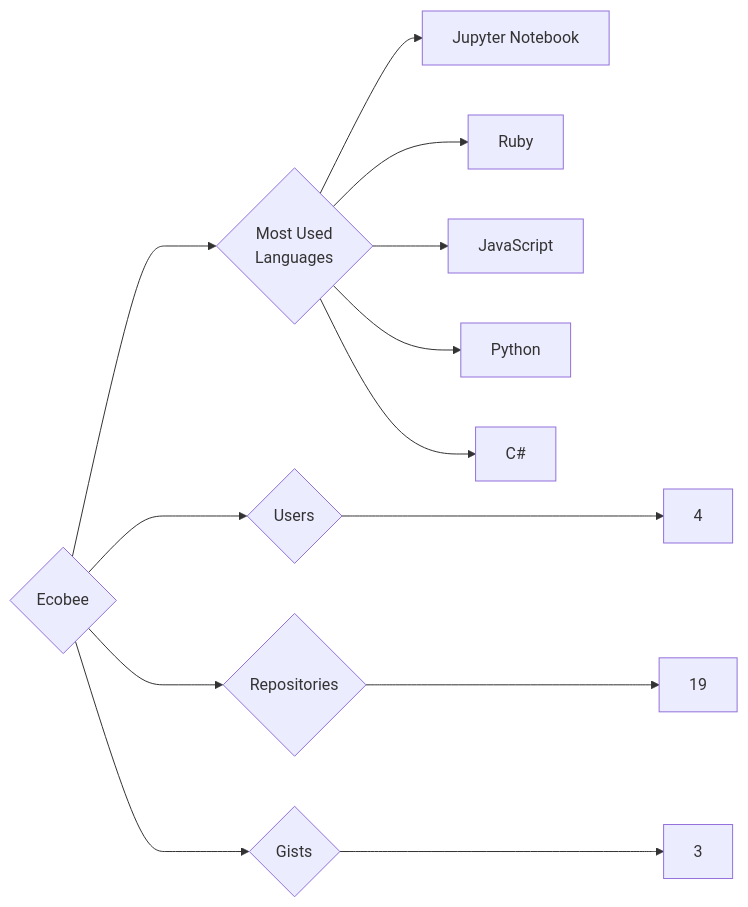
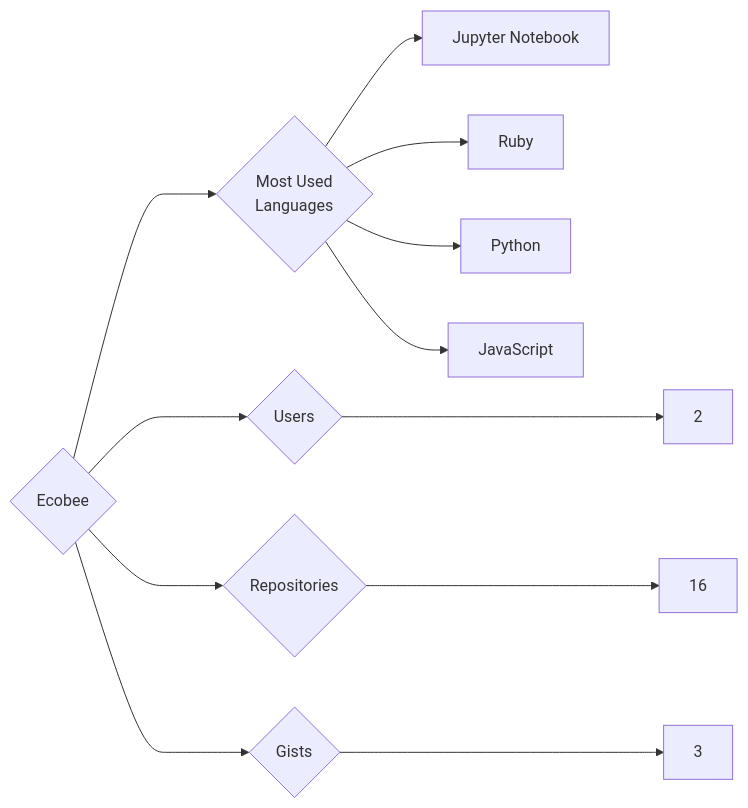
Before and after one commit to trickest/insiders: the diagram in targets/Ecobee/README.md, drawn with Mermaid. The commit also changed 865 other files, not shown here.

````diff
--- a/targets/Ecobee/README.md
+++ b/targets/Ecobee/README.md
@@ -3,13 +3,12 @@
 ```mermaid
 graph LR
 COMPANY_NAME{Ecobee}
-COMPANY_NAME ---> U{Users} ---> UN[4]
-COMPANY_NAME ---> R{Repositories} ---> RN[19]
+COMPANY_NAME ---> U{Users} ---> UN[2]
+COMPANY_NAME ---> R{Repositories} ---> RN[16]
 COMPANY_NAME ---> G{Gists} ---> GN[3]
 COMPANY_NAME ---> ML{Most Used<br>Languages}
 ML --> Jupyter_Notebook[Jupyter Notebook]
 ML --> Ruby[Ruby]
+ML --> Python[Python]
 ML --> JavaScript[JavaScript]
-ML --> Python[Python]
-ML --> C#[C#]
 ```
````
